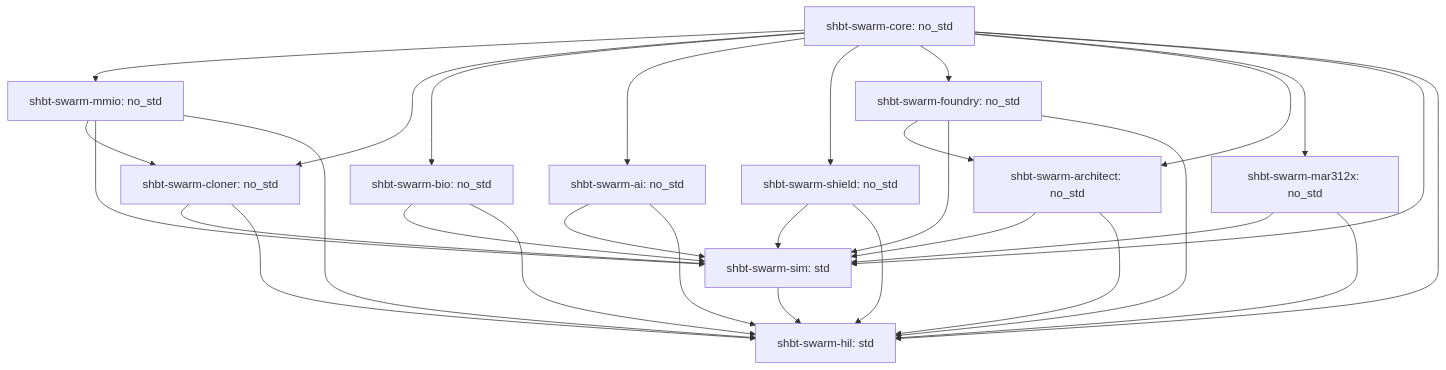
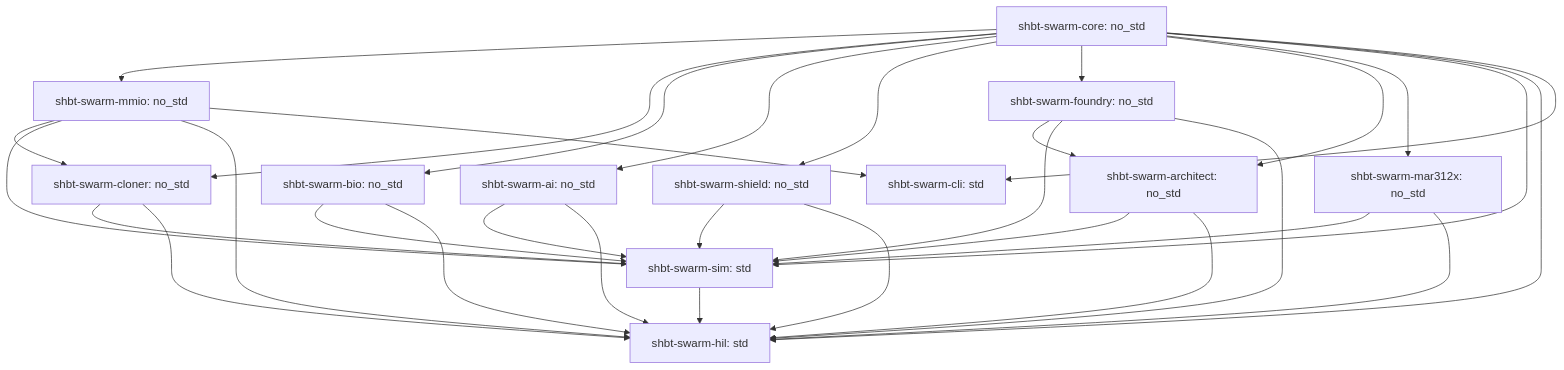
Before and after one commit to sys1own/shbt-swarm: the diagram in ARCHITECTURE.md, drawn with Mermaid. The commit also changed other lines of this file and 6 other files, not shown here.

Commit message:
docs: finalize SHBT-STEN first-principles derivations in swarm.pdf, synchronize 24/24 Z3 theorems across README and ARCHITECTURE.md, and verify 104 HIL gates

````diff
--- a/ARCHITECTURE.md
+++ b/ARCHITECTURE.md
@@ -11,32 +11,34 @@
 ```mermaid
 graph TD
     A[shbt-swarm-core: no_std] --> B[shbt-swarm-mmio: no_std]
     A --> C[shbt-swarm-cloner: no_std]
     B --> C
     A --> D[shbt-swarm-bio: no_std]
     A --> E[shbt-swarm-ai: no_std]
     A --> F[shbt-swarm-shield: no_std]
     A --> G[shbt-swarm-foundry: no_std]
     A --> H[shbt-swarm-architect: no_std]
     G --> H
     A --> I[shbt-swarm-mar312x: no_std]
     A --> J[shbt-swarm-sim: std]
     B --> J
     C --> J
     D --> J
     E --> J
     F --> J
     G --> J
     H --> J
     I --> J
     A --> K[shbt-swarm-hil: std]
     B --> K
     C --> K
     D --> K
     E --> K
     F --> K
     G --> K
     H --> K
     I --> K
     J --> K
+    A --> L[shbt-swarm-cli: std]
+    B --> L
 ```
````
